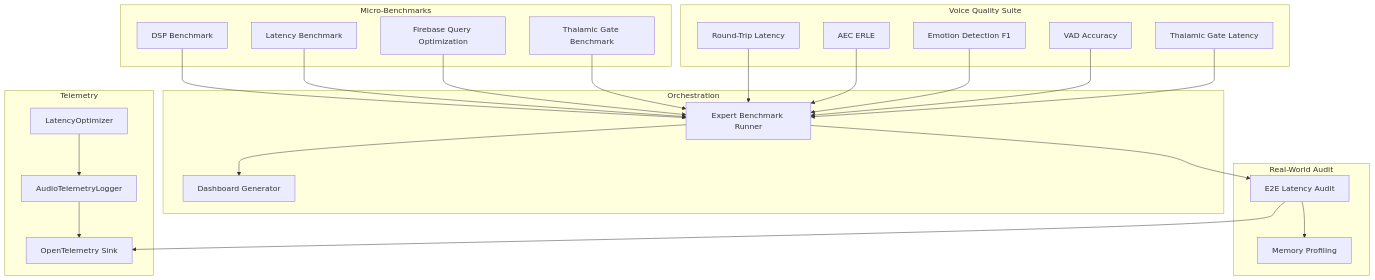
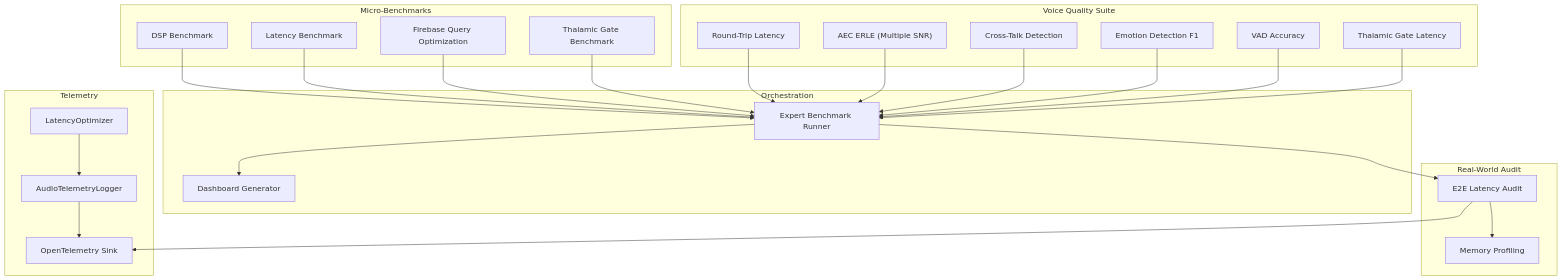
One commit to Moeabdelaziz007/Aether-Voice-OS changed the second of 11 diagrams in .qoder/repowiki/en/content/Testing and Quality Assurance/Performance Benchmarks.md. Above: the diagram before and after it, drawn with Mermaid. The commit also changed other lines of this file and 29 other files, not shown here.

````diff
--- a/.qoder/repowiki/en/content/Testing and Quality Assurance/Performance Benchmarks.md
+++ b/.qoder/repowiki/en/content/Testing and Quality Assurance/Performance Benchmarks.md
@@ -151,44 +171,46 @@
 ```mermaid
 graph TB
 subgraph "Micro-Benchmarks"
 M1["DSP Benchmark"]
 M2["Latency Benchmark"]
 M3["Firebase Query Optimization"]
 M4["Thalamic Gate Benchmark"]
 end
 subgraph "Voice Quality Suite"
 V1["Round-Trip Latency"]
-V2["AEC ERLE"]
-V3["Emotion Detection F1"]
-V4["VAD Accuracy"]
-V5["Thalamic Gate Latency"]
+V2["AEC ERLE (Multiple SNR)"]
+V3["Cross-Talk Detection"]
+V4["Emotion Detection F1"]
+V5["VAD Accuracy"]
+V6["Thalamic Gate Latency"]
 end
 subgraph "Orchestration"
 ORCH["Expert Benchmark Runner"]
 DASH["Dashboard Generator"]
 end
 subgraph "Real-World Audit"
 AUDIT["E2E Latency Audit"]
 MEM["Memory Profiling"]
 end
 subgraph "Telemetry"
 TELE["AudioTelemetryLogger"]
 LTOPT["LatencyOptimizer"]
 OTEL["OpenTelemetry Sink"]
 end
 M1 --> ORCH
 M2 --> ORCH
 M3 --> ORCH
 M4 --> ORCH
 V1 --> ORCH
 V2 --> ORCH
 V3 --> ORCH
 V4 --> ORCH
 V5 --> ORCH
+V6 --> ORCH
 ORCH --> DASH
 ORCH --> AUDIT
 AUDIT --> MEM
 AUDIT --> OTEL
 TELE --> OTEL
 LTOPT --> TELE
 ```
````
